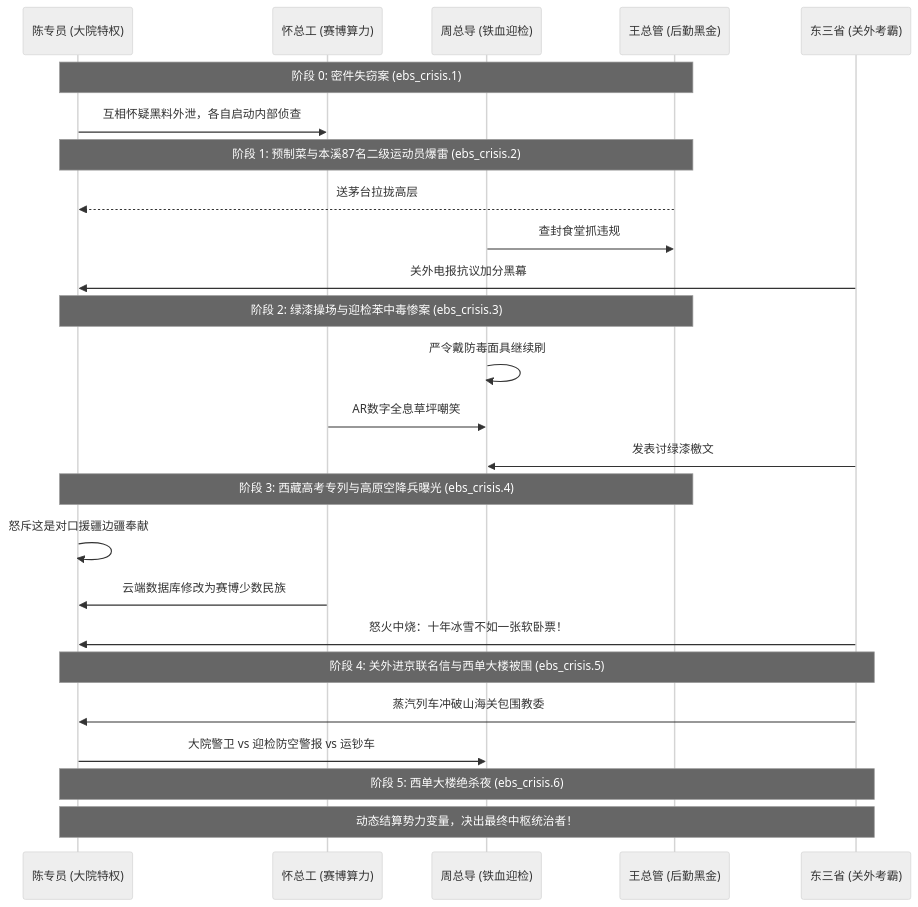
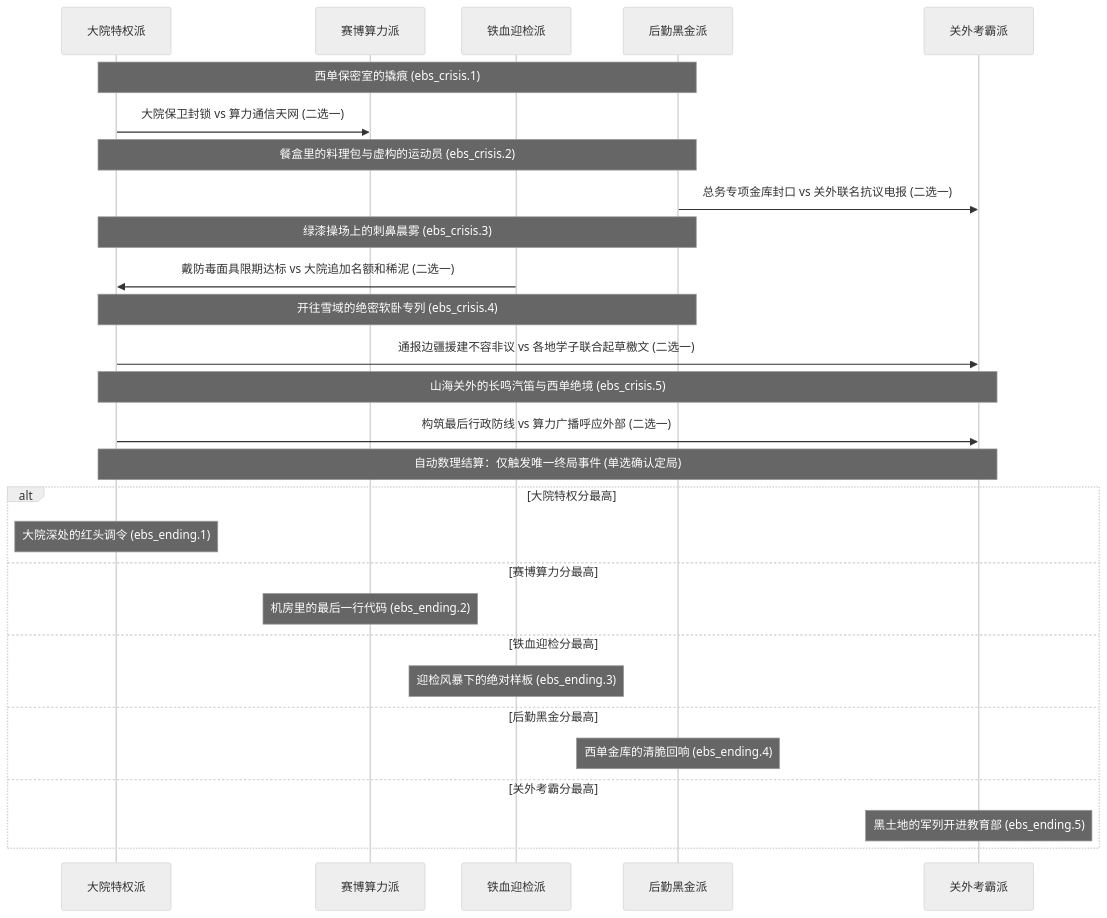
The third of 3 diagrams in README_EBS.md (DX-Protst/HOI4-Dream-of-Yandao-Street), drawn with Mermaid (neutral theme) before and after one commit. The commit also changed other lines of this file and 4 other files, not shown here.

Commit message:
fix(EBS): eliminate event option overlaps with 2-option limit, remove leader names, expand to TLB-length descriptions, and enforce single ending

````diff
--- a/README_EBS.md
+++ b/README_EBS.md
@@ -222,28 +226,31 @@
 ```mermaid
 sequenceDiagram
-    participant C as 陈专员 (大院特权)
-    participant H as 怀总工 (赛博算力)
-    participant Z as 周总导 (铁血迎检)
-    participant W as 王总管 (后勤黑金)
-    participant D as 东三省 (关外考霸)
+    participant C as 大院特权派
+    participant H as 赛博算力派
+    participant Z as 铁血迎检派
+    participant W as 后勤黑金派
+    participant D as 关外考霸派
 
-    Note over C,W: 阶段 0: 密件失窃案 (ebs_crisis.1)
-    C->>H: 互相怀疑黑料外泄，各自启动内部侦查
-    Note over C,W: 阶段 1: 预制菜与本溪87名二级运动员爆雷 (ebs_crisis.2)
-    W-->>C: 送茅台拉拢高层
-    Z->>W: 查封食堂抓违规
-    D->>C: 关外电报抗议加分黑幕
-    Note over C,W: 阶段 2: 绿漆操场与迎检苯中毒惨案 (ebs_crisis.3)
-    Z->>Z: 严令戴防毒面具继续刷
-    H->>Z: AR数字全息草坪嘲笑
-    D->>Z: 发表讨绿漆檄文
-    Note over C,W: 阶段 3: 西藏高考专列与高原空降兵曝光 (ebs_crisis.4)
-    C->>C: 怒斥这是对口援疆边疆奉献
-    H->>C: 云端数据库修改为赛博少数民族
-    D->>C: 怒火中烧：十年冰雪不如一张软卧票！
-    Note over C,D: 阶段 4: 关外进京联名信与西单大楼被围 (ebs_crisis.5)
-    D->>C: 蒸汽列车冲破山海关包围教委
-    C->>Z: 大院警卫 vs 迎检防空警报 vs 运钞车
-    Note over C,D: 阶段 5: 西单大楼绝杀夜 (ebs_crisis.6)
-    Note over C,D: 动态结算势力变量，决出最终中枢统治者！
+    Note over C,W: 西单保密室的撬痕 (ebs_crisis.1)
+    C->>H: 大院保卫封锁 vs 算力通信天网 (二选一)
+    Note over C,W: 餐盒里的料理包与虚构的运动员 (ebs_crisis.2)
+    W->>D: 总务专项金库封口 vs 关外联名抗议电报 (二选一)
+    Note over C,W: 绿漆操场上的刺鼻晨雾 (ebs_crisis.3)
+    Z->>C: 戴防毒面具限期达标 vs 大院追加名额和稀泥 (二选一)
+    Note over C,W: 开往雪域的绝密软卧专列 (ebs_crisis.4)
+    C->>D: 通报边疆援建不容非议 vs 各地学子联合起草檄文 (二选一)
+    Note over C,D: 山海关外的长鸣汽笛与西单绝境 (ebs_crisis.5)
+    C->>D: 构筑最后行政防线 vs 算力广播呼应外部 (二选一)
+    Note over C,D: 自动数理结算：仅触发唯一终局事件 (单选确认定局)
+    alt 大院特权分最高
+        Note over C: 大院深处的红头调令 (ebs_ending.1)
+    else 赛博算力分最高
+        Note over H: 机房里的最后一行代码 (ebs_ending.2)
+    else 铁血迎检分最高
+        Note over Z: 迎检风暴下的绝对样板 (ebs_ending.3)
+    else 后勤黑金分最高
+        Note over W: 西单金库的清脆回响 (ebs_ending.4)
+    else 关外考霸分最高
+        Note over D: 黑土地的军列开进教育部 (ebs_ending.5)
+    end
 ```
````
